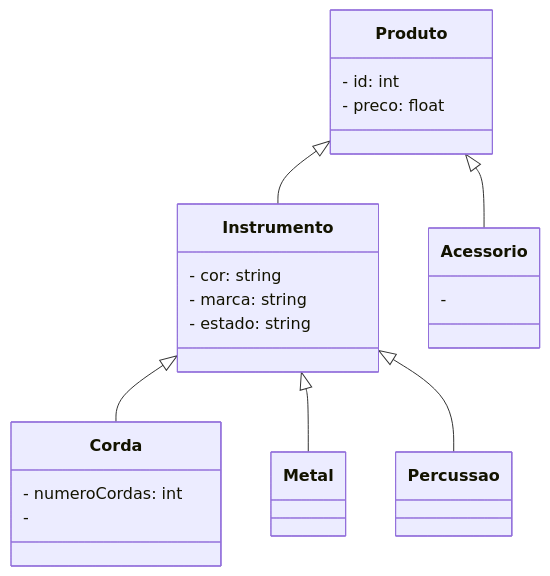
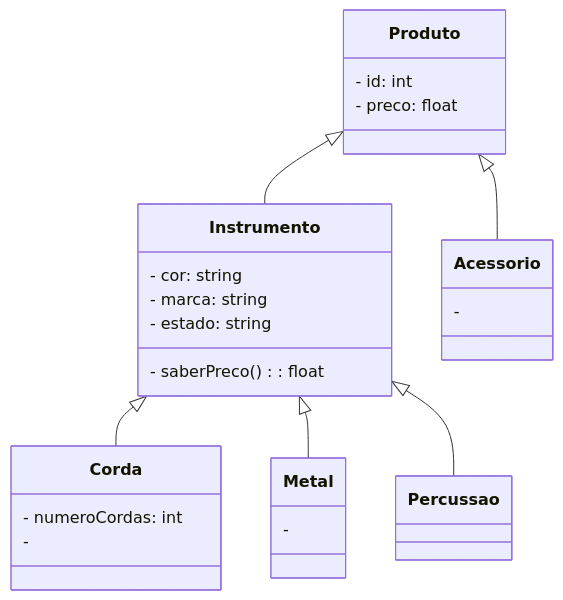
The diagram in Produto.md (MTECHDevelopment/poojavaceub-grupo-3), drawn with Mermaid before and after one commit.

Commit message:
Criando primeiro método saberPreco e seu retorno

````diff
--- a/Produto.md
+++ b/Produto.md
@@ -1,31 +1,32 @@
 ```mermaid
 classDiagram
   class Produto {
     - id: int
     - preco: float
 }
   class Instrumento {
     - cor: string
     - marca: string
     - estado: string
+    - saberPreco(): float
 }
   class Corda {
     - numeroCordas: int
     - 
 }
   class Metal {
-    
+    - 
 }
   class Percussao {
     
 }
   class Acessorio {
     - 
 }
 
 Produto <|-- Instrumento
 Produto <|-- Acessorio
 Instrumento <|-- Corda
 Instrumento <|-- Metal
 Instrumento <|-- Percussao
 ```
````
